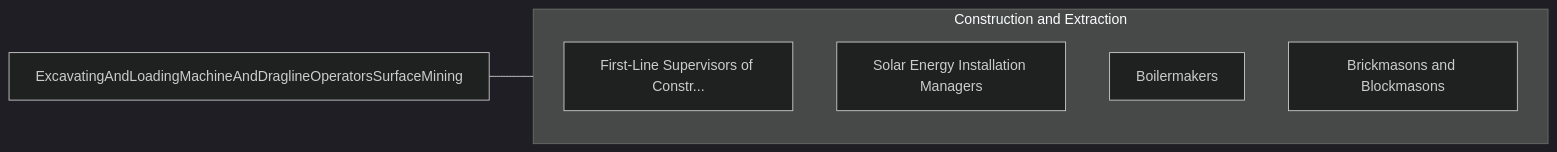
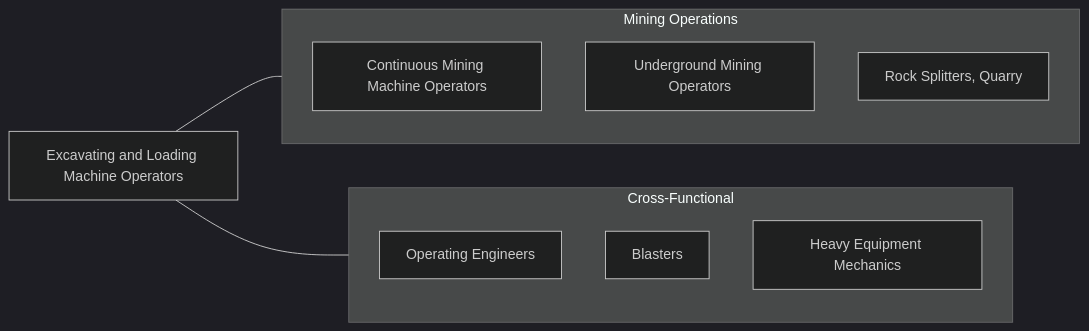
The fourth of 4 diagrams in occupations/Construction/ExcavatingAndLoadingMachineAndDraglineOperatorsSurfaceMining.mdx (kziemski/business.org.ai), drawn with Mermaid (dark theme) before and after one commit. The commit also changed other lines of this file and 938 other files, not shown here.

````diff
--- a/occupations/Construction/ExcavatingAndLoadingMachineAndDraglineOperatorsSurfaceMining.mdx
+++ b/occupations/Construction/ExcavatingAndLoadingMachineAndDraglineOperatorsSurfaceMining.mdx
@@ -111,13 +203,19 @@
 ```mermaid
 graph LR
-    Current["ExcavatingAndLoadingMachineAndDraglineOperatorsSurfaceMining"]
+    Current["Excavating and Loading Machine Operators"]
 
-    subgraph SameCategory["Construction and Extraction"]
-        FirstLineSupervisors["First-Line Supervisors of Constr..."]
-        SolarEnergyInstallat["Solar Energy Installation Managers"]
-        Boilermakers["Boilermakers"]
-        BrickmasonsAndBlockm["Brickmasons and Blockmasons"]
+    subgraph SameCategory["Mining Operations"]
+        Continuous["Continuous Mining Machine Operators"]
+        Underground["Underground Mining Operators"]
+        RockSplit["Rock Splitters, Quarry"]
+    end
+
+    subgraph CrossFunctional["Cross-Functional"]
+        OpEng["Operating Engineers"]
+        Blasters["Blasters"]
+        HeavyMech["Heavy Equipment Mechanics"]
     end
 
     Current --- SameCategory
+    Current --- CrossFunctional
 ```
````
